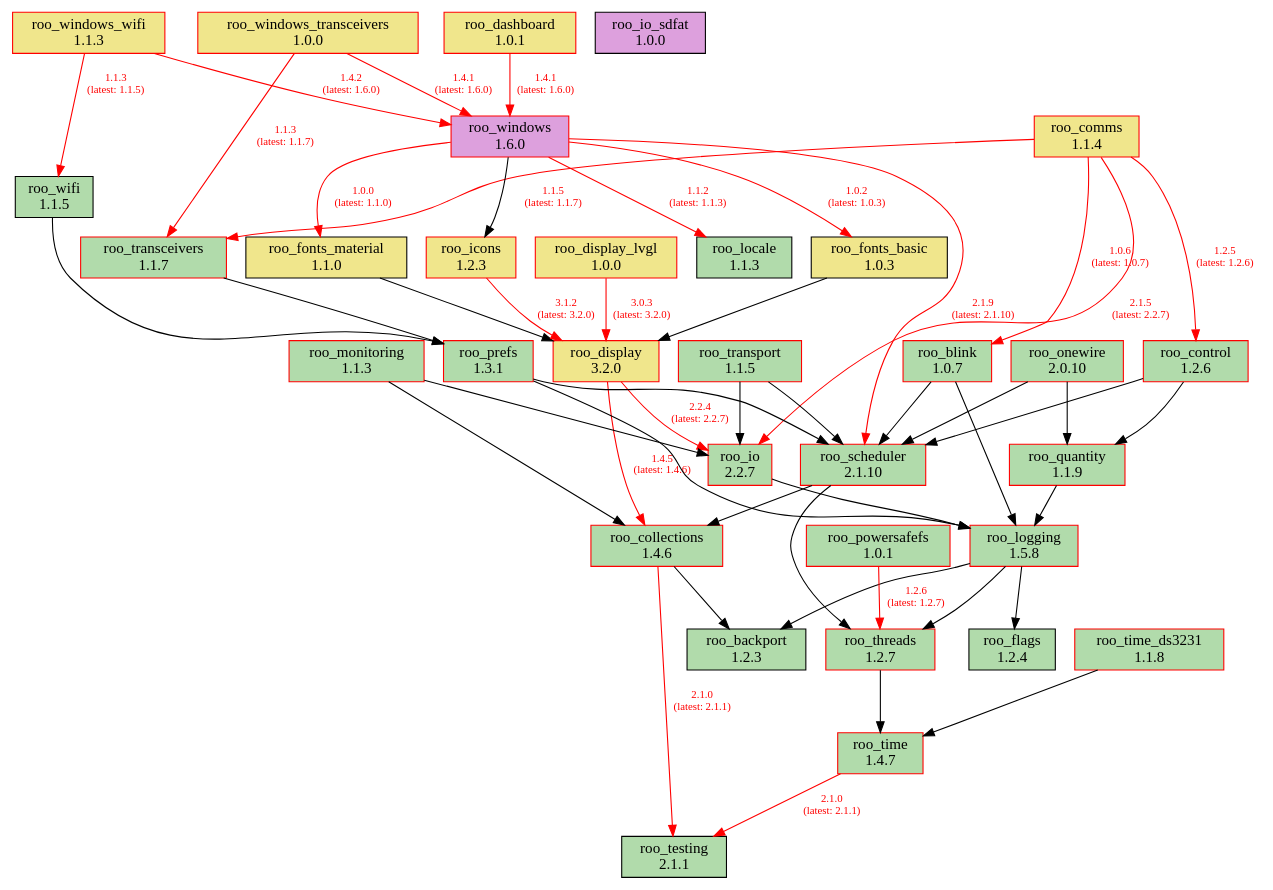
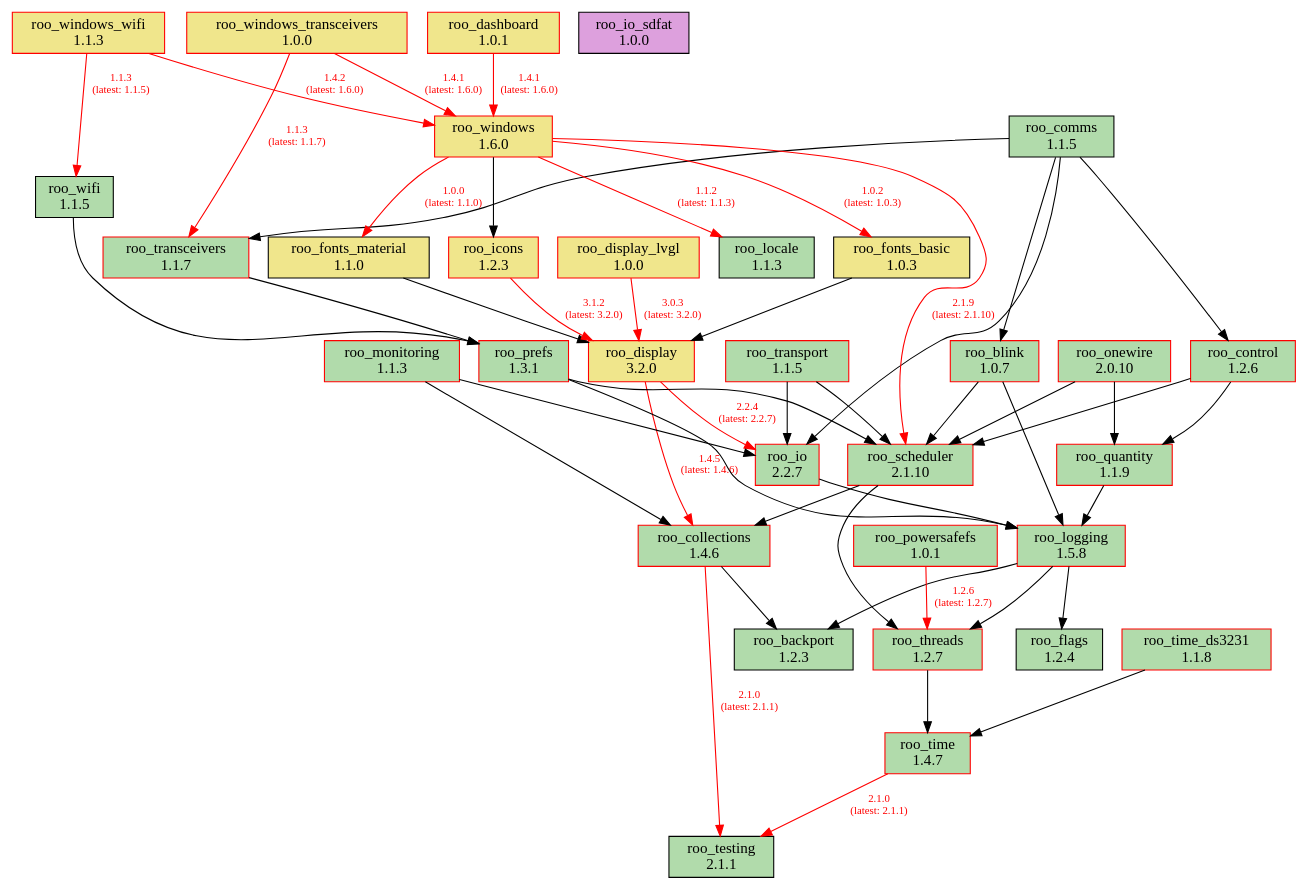
The diagram in doc/dependencies.dot (dejwk/roo-registry), drawn with Graphviz before and after one commit. The commit also changed 3 other files, not shown here.

Commit message:
Added roo_comms 1.1.5 to the registry.

```diff
--- a/doc/dependencies.dot
+++ b/doc/dependencies.dot
@@ -1,88 +1,88 @@
 digraph dependencies {
     rankdir=TB;
     node [shape=box, style=filled];
     edge [fontsize=10];
 
     // Modules
     "roo_backport" [label="roo_backport\n1.2.3", fillcolor="#b1dbab", color="black"];
     "roo_blink" [label="roo_blink\n1.0.7", fillcolor="#b1dbab", color="red"];
     "roo_collections" [label="roo_collections\n1.4.6", fillcolor="#b1dbab", color="red"];
-    "roo_comms" [label="roo_comms\n1.1.4", fillcolor="khaki", color="red"];
+    "roo_comms" [label="roo_comms\n1.1.5", fillcolor="#b1dbab", color="black"];
     "roo_control" [label="roo_control\n1.2.6", fillcolor="#b1dbab", color="red"];
     "roo_dashboard" [label="roo_dashboard\n1.0.1", fillcolor="khaki", color="red"];
     "roo_display" [label="roo_display\n3.2.0", fillcolor="khaki", color="red"];
     "roo_display_lvgl" [label="roo_display_lvgl\n1.0.0", fillcolor="khaki", color="red"];
     "roo_flags" [label="roo_flags\n1.2.4", fillcolor="#b1dbab", color="black"];
     "roo_fonts_basic" [label="roo_fonts_basic\n1.0.3", fillcolor="khaki", color="black"];
     "roo_fonts_material" [label="roo_fonts_material\n1.1.0", fillcolor="khaki", color="black"];
     "roo_icons" [label="roo_icons\n1.2.3", fillcolor="khaki", color="red"];
     "roo_io" [label="roo_io\n2.2.7", fillcolor="#b1dbab", color="red"];
     "roo_io_sdfat" [label="roo_io_sdfat\n1.0.0", fillcolor="plum", color="black"];
     "roo_locale" [label="roo_locale\n1.1.3", fillcolor="#b1dbab", color="black"];
     "roo_logging" [label="roo_logging\n1.5.8", fillcolor="#b1dbab", color="red"];
     "roo_monitoring" [label="roo_monitoring\n1.1.3", fillcolor="#b1dbab", color="red"];
     "roo_onewire" [label="roo_onewire\n2.0.10", fillcolor="#b1dbab", color="red"];
     "roo_powersafefs" [label="roo_powersafefs\n1.0.1", fillcolor="#b1dbab", color="red"];
     "roo_prefs" [label="roo_prefs\n1.3.1", fillcolor="#b1dbab", color="red"];
     "roo_quantity" [label="roo_quantity\n1.1.9", fillcolor="#b1dbab", color="red"];
     "roo_scheduler" [label="roo_scheduler\n2.1.10", fillcolor="#b1dbab", color="red"];
     "roo_testing" [label="roo_testing\n2.1.1", fillcolor="#b1dbab", color="black"];
     "roo_threads" [label="roo_threads\n1.2.7", fillcolor="#b1dbab", color="red"];
     "roo_time" [label="roo_time\n1.4.7", fillcolor="#b1dbab", color="red"];
     "roo_time_ds3231" [label="roo_time_ds3231\n1.1.8", fillcolor="#b1dbab", color="red"];
     "roo_transceivers" [label="roo_transceivers\n1.1.7", fillcolor="#b1dbab", color="red"];
     "roo_transport" [label="roo_transport\n1.1.5", fillcolor="#b1dbab", color="red"];
     "roo_wifi" [label="roo_wifi\n1.1.5", fillcolor="#b1dbab", color="black"];
-    "roo_windows" [label="roo_windows\n1.6.0", fillcolor="plum", color="red"];
+    "roo_windows" [label="roo_windows\n1.6.0", fillcolor="khaki", color="red"];
     "roo_windows_transceivers" [label="roo_windows_transceivers\n1.0.0", fillcolor="khaki", color="red"];
     "roo_windows_wifi" [label="roo_windows_wifi\n1.1.3", fillcolor="khaki", color="red"];
 
     // Dependencies
     "roo_blink" -> "roo_logging";
     "roo_blink" -> "roo_scheduler";
     "roo_collections" -> "roo_testing" [color=red, fontcolor=red, label="2.1.0\n(latest: 2.1.1)"];
     "roo_collections" -> "roo_backport";
-    "roo_comms" -> "roo_blink" [color=red, fontcolor=red, label="1.0.6\n(latest: 1.0.7)"];
-    "roo_comms" -> "roo_control" [color=red, fontcolor=red, label="1.2.5\n(latest: 1.2.6)"];
-    "roo_comms" -> "roo_io" [color=red, fontcolor=red, label="2.1.5\n(latest: 2.2.7)"];
-    "roo_comms" -> "roo_transceivers" [color=red, fontcolor=red, label="1.1.5\n(latest: 1.1.7)"];
+    "roo_comms" -> "roo_blink";
+    "roo_comms" -> "roo_control";
+    "roo_comms" -> "roo_io";
+    "roo_comms" -> "roo_transceivers";
     "roo_control" -> "roo_quantity";
     "roo_control" -> "roo_scheduler";
     "roo_dashboard" -> "roo_windows" [color=red, fontcolor=red, label="1.4.1\n(latest: 1.6.0)"];
     "roo_display" -> "roo_collections" [color=red, fontcolor=red, label="1.4.5\n(latest: 1.4.6)"];
     "roo_display" -> "roo_io" [color=red, fontcolor=red, label="2.2.4\n(latest: 2.2.7)"];
     "roo_display_lvgl" -> "roo_display" [color=red, fontcolor=red, label="3.0.3\n(latest: 3.2.0)"];
     "roo_fonts_basic" -> "roo_display";
     "roo_fonts_material" -> "roo_display";
     "roo_icons" -> "roo_display" [color=red, fontcolor=red, label="3.1.2\n(latest: 3.2.0)"];
     "roo_io" -> "roo_logging";
     "roo_logging" -> "roo_backport";
     "roo_logging" -> "roo_flags";
     "roo_logging" -> "roo_threads";
     "roo_monitoring" -> "roo_collections";
     "roo_monitoring" -> "roo_io";
     "roo_onewire" -> "roo_scheduler";
     "roo_onewire" -> "roo_quantity";
     "roo_powersafefs" -> "roo_threads" [color=red, fontcolor=red, label="1.2.6\n(latest: 1.2.7)"];
     "roo_prefs" -> "roo_logging";
     "roo_prefs" -> "roo_scheduler";
     "roo_quantity" -> "roo_logging";
     "roo_scheduler" -> "roo_collections";
     "roo_scheduler" -> "roo_threads";
     "roo_threads" -> "roo_time";
     "roo_time" -> "roo_testing" [color=red, fontcolor=red, label="2.1.0\n(latest: 2.1.1)"];
     "roo_time_ds3231" -> "roo_time";
     "roo_transceivers" -> "roo_prefs";
     "roo_transport" -> "roo_io";
     "roo_transport" -> "roo_scheduler";
     "roo_wifi" -> "roo_prefs";
     "roo_windows" -> "roo_fonts_basic" [color=red, fontcolor=red, label="1.0.2\n(latest: 1.0.3)"];
     "roo_windows" -> "roo_fonts_material" [color=red, fontcolor=red, label="1.0.0\n(latest: 1.1.0)"];
     "roo_windows" -> "roo_locale" [color=red, fontcolor=red, label="1.1.2\n(latest: 1.1.3)"];
     "roo_windows" -> "roo_icons";
     "roo_windows" -> "roo_scheduler" [color=red, fontcolor=red, label="2.1.9\n(latest: 2.1.10)"];
     "roo_windows_transceivers" -> "roo_transceivers" [color=red, fontcolor=red, label="1.1.3\n(latest: 1.1.7)"];
     "roo_windows_transceivers" -> "roo_windows" [color=red, fontcolor=red, label="1.4.1\n(latest: 1.6.0)"];
     "roo_windows_wifi" -> "roo_wifi" [color=red, fontcolor=red, label="1.1.3\n(latest: 1.1.5)"];
     "roo_windows_wifi" -> "roo_windows" [color=red, fontcolor=red, label="1.4.2\n(latest: 1.6.0)"];
 }
```
